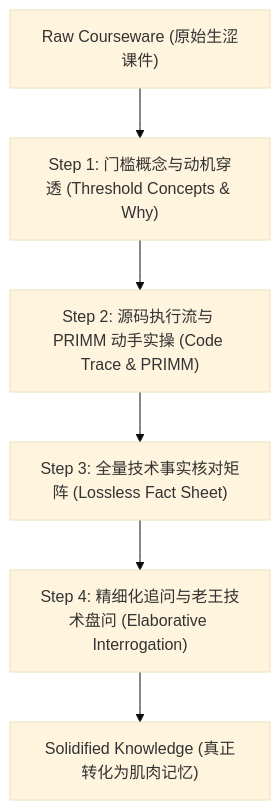
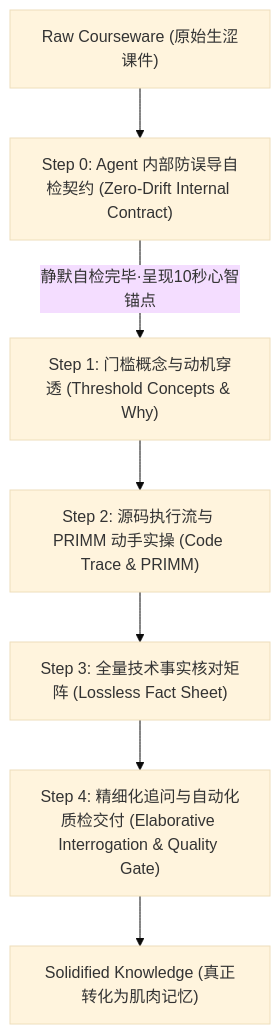
One commit to ljxpython/pi-agent-study changed the diagram in .agents/skills/study-coach/SKILL.md. Above: the diagram before and after it, drawn with Mermaid (base theme). The commit also changed other lines of this file and 73 other files, not shown here.

````diff
--- a/.agents/skills/study-coach/SKILL.md
+++ b/.agents/skills/study-coach/SKILL.md
@@ -43,8 +43,9 @@
 ```mermaid
 flowchart TD
-    A["Raw Courseware (原始生涩课件)"] --> B["Step 1: 门槛概念与动机穿透 (Threshold Concepts & Why)"]
+    A["Raw Courseware (原始生涩课件)"] --> Step0["Step 0: Agent 内部防误导自检契约 (Zero-Drift Internal Contract)"]
+    Step0 -->|"静默自检完毕·呈现10秒心智锚点"| B["Step 1: 门槛概念与动机穿透 (Threshold Concepts & Why)"]
     B --> C["Step 2: 源码执行流与 PRIMM 动手实操 (Code Trace & PRIMM)"]
     C --> D["Step 3: 全量技术事实核对矩阵 (Lossless Fact Sheet)"]
-    D --> E["Step 4: 精细化追问与老王技术盘问 (Elaborative Interrogation)"]
+    D --> E["Step 4: 精细化追问与自动化质检交付 (Elaborative Interrogation & Quality Gate)"]
     E --> F["Solidified Knowledge (真正转化为肌肉记忆)"]
 ```
````
